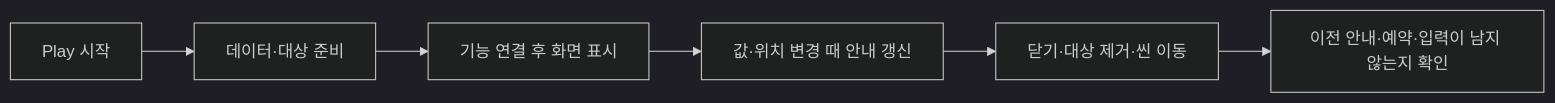
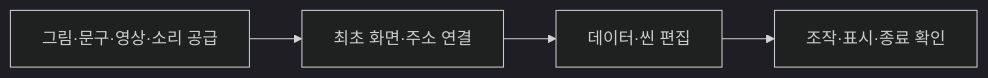
One commit to lkhwcf-arch/Human_Ghost- changed the fourth of 5 diagrams in Docs/기획자용 안내문서/기획자용 공통 모듈 연결과 확인 안내.md. Above: the diagram before and after it, drawn with Mermaid (dark theme). The commit also changed other lines of this file and 92 other files, not shown here.

````diff
--- a/Docs/기획자용 안내문서/기획자용 공통 모듈 연결과 확인 안내.md
+++ b/Docs/기획자용 안내문서/기획자용 공통 모듈 연결과 확인 안내.md
@@ -113,8 +99,6 @@
-```mermaid
+~~~mermaid
 flowchart LR
- A[Play 시작] --> B[데이터·대상 준비]
- B --> C[기능 연결 후 화면 표시]
- C --> D[값·위치 변경 때 안내 갱신]
- D --> E[닫기·대상 제거·씬 이동]
- E --> F[이전 안내·예약·입력이 남지 않는지 확인]
-```
+    A[그림·문구·영상·소리 공급] --> B[최초 화면·주소 연결]
+    B --> C[데이터·씬 편집]
+    C --> D[조작·표시·종료 확인]
+~~~
````
